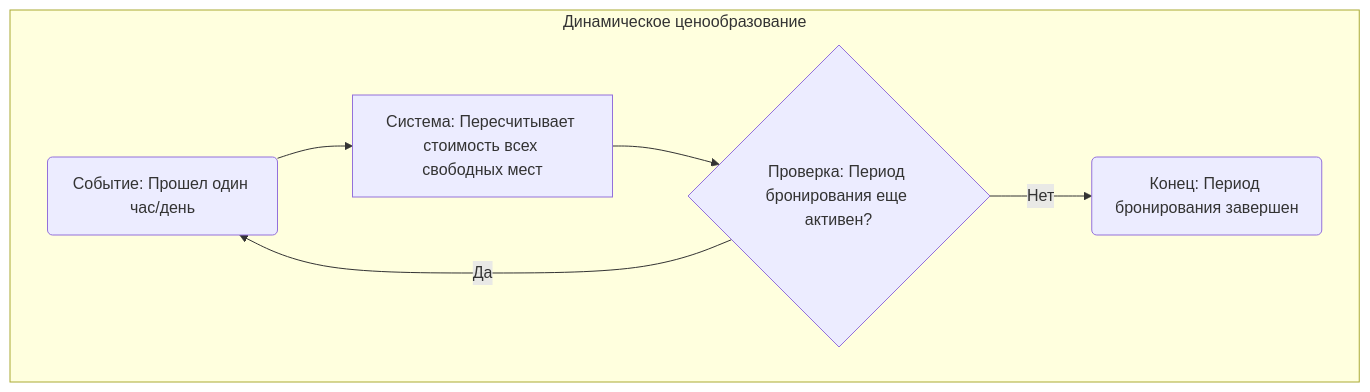
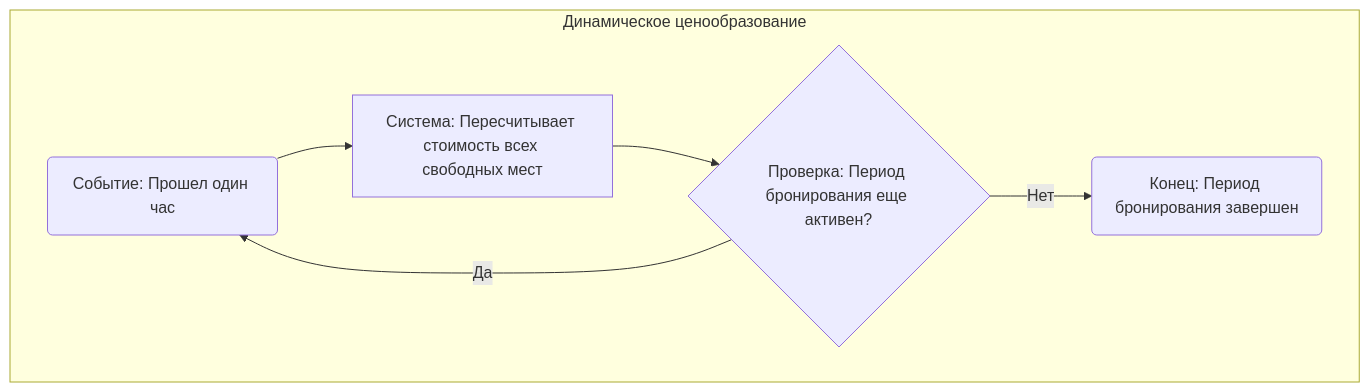
One commit to lulyushka/scat-booking-system changed the fourth of 4 diagrams in docs/BPMN.md. Above: the diagram before and after it, drawn with Mermaid. The commit also changed 1 other file, not shown here.

````diff
--- a/docs/BPMN.md
+++ b/docs/BPMN.md
@@ -66,9 +66,9 @@
 ```mermaid
 graph TD;
     subgraph "Динамическое ценообразование"
-        T1("Событие: Прошел один час/день") --> T2["Система: Пересчитывает стоимость всех свободных мест"];
+        T1("Событие: Прошел один час") --> T2["Система: Пересчитывает стоимость всех свободных мест"];
         T2 --> T3{"Проверка: Период бронирования еще активен?"};
         T3 -- Да --> T1;
         T3 -- Нет --> T4("Конец: Период бронирования завершен");
     end
 ```
````
